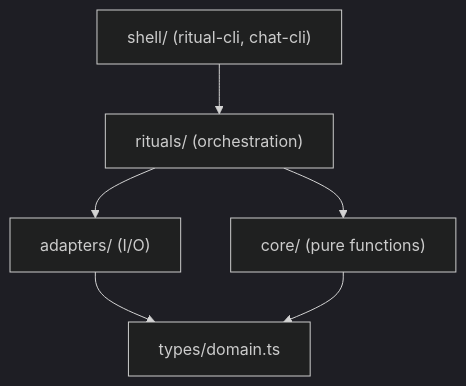
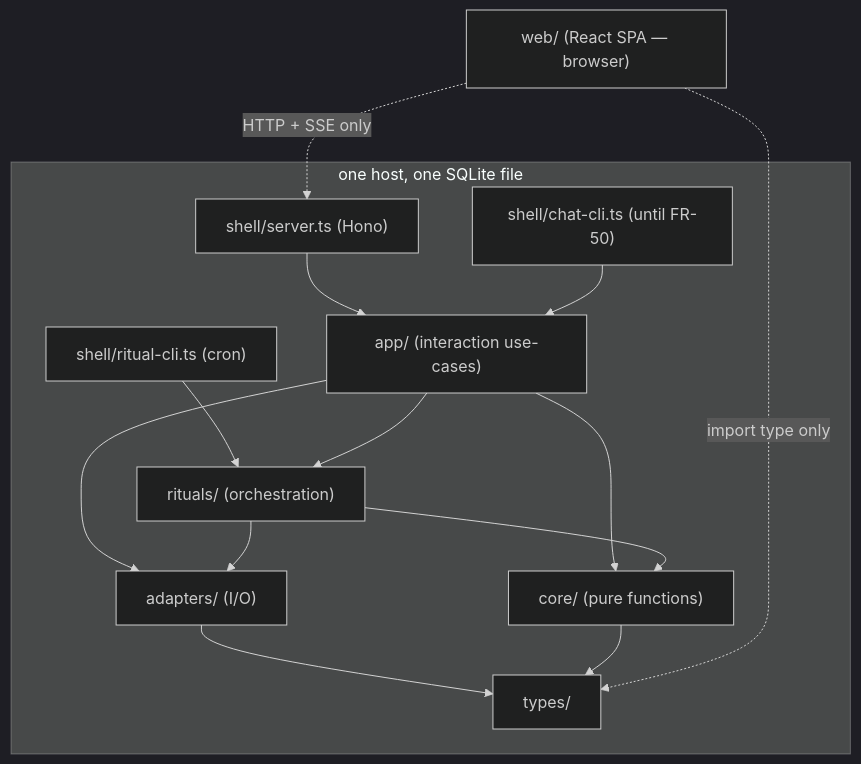
Before and after one commit to Speezy88/YohV1: the first of 3 diagrams in _bmad-output/planning-artifacts/architecture/architecture-YohV1-2026-08-22/ARCHITECTURE-SPINE.md, drawn with Mermaid (dark theme). The commit also changed other lines of this file and 7 other files, not shown here.

First line of the commit message:
chore: Phase 2 architecture spine, Epics 7-12, and sprint planning

````diff
--- a/_bmad-output/planning-artifacts/architecture/architecture-YohV1-2026-08-22/ARCHITECTURE-SPINE.md
+++ b/_bmad-output/planning-artifacts/architecture/architecture-YohV1-2026-08-22/ARCHITECTURE-SPINE.md
@@ -38,8 +42,17 @@
 ```mermaid
 graph TD
-    shell["shell/ (ritual-cli, chat-cli)"] --> rituals["rituals/ (orchestration)"]
-    rituals --> core["core/ (pure functions)"]
-    rituals --> adapters["adapters/ (I/O)"]
-    adapters --> types["types/domain.ts"]
-    core --> types
+    web["web/ (React SPA — browser)"] -. "HTTP + SSE only" .-> server
+    subgraph Host["one host, one SQLite file"]
+        server["shell/server.ts (Hono)"] --> app["app/ (interaction use-cases)"]
+        chatcli["shell/chat-cli.ts (until FR-50)"] --> app
+        ritualcli["shell/ritual-cli.ts (cron)"] --> rituals
+        app --> rituals["rituals/ (orchestration)"]
+        app --> core["core/ (pure functions)"]
+        app --> adapters["adapters/ (I/O)"]
+        rituals --> core
+        rituals --> adapters
+        adapters --> types["types/"]
+        core --> types
+    end
+    web -. "import type only" .-> types
 ```
````
